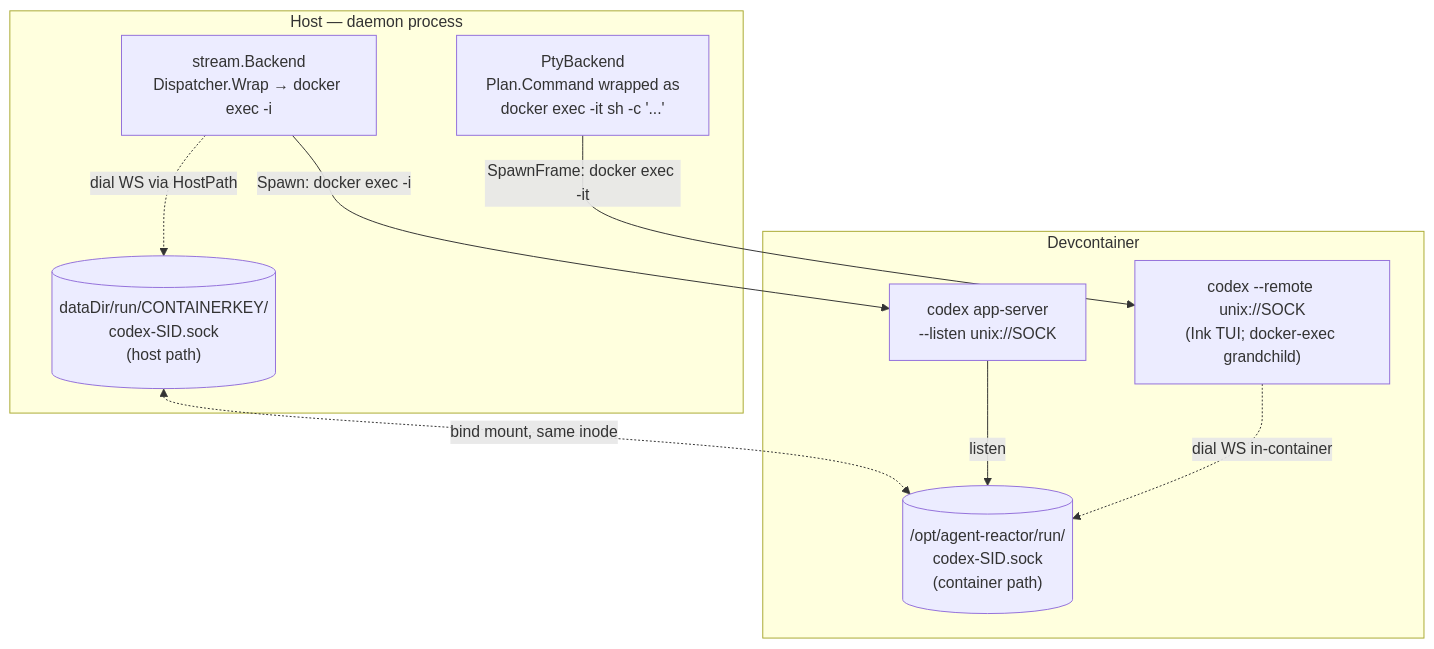
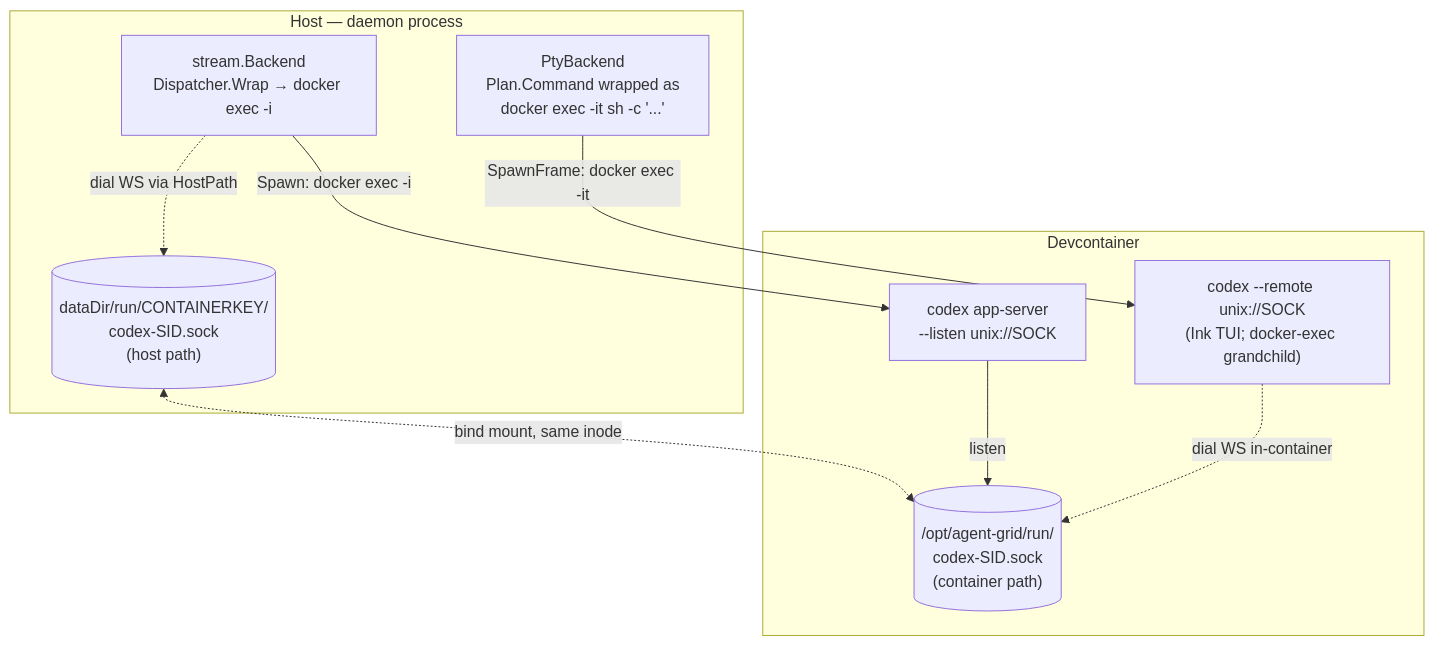
Before and after one commit to takezoh/agent-grid: the third of 3 diagrams in docs/component/component-20260624-client-process-model.md, drawn with Mermaid. The commit also changed other lines of this file and 427 other files, not shown here.

````diff
--- a/docs/component/component-20260624-client-process-model.md
+++ b/docs/component/component-20260624-client-process-model.md
@@ -212,20 +212,20 @@
 ```mermaid
 flowchart TB
     subgraph host["Host — daemon process"]
         SB["stream.Backend<br/>Dispatcher.Wrap → docker exec -i"]
         PB["PtyBackend<br/>Plan.Command wrapped as<br/>docker exec -it sh -c '...'"]
         HUDS[("dataDir/run/CONTAINERKEY/<br/>codex-SID.sock<br/>(host path)")]
     end
     subgraph container["Devcontainer"]
-        CUDS[("/opt/agent-reactor/run/<br/>codex-SID.sock<br/>(container path)")]
+        CUDS[("/opt/agent-grid/run/<br/>codex-SID.sock<br/>(container path)")]
         APP["codex app-server<br/>--listen unix://SOCK"]
         TUI["codex --remote unix://SOCK<br/>(Ink TUI; docker-exec grandchild)"]
     end
 
     HUDS <-. bind mount, same inode .-> CUDS
     SB -->|Spawn: docker exec -i| APP
     APP -->|listen| CUDS
     SB -.->|dial WS via HostPath| HUDS
     PB -->|SpawnFrame: docker exec -it| TUI
     TUI -.->|dial WS in-container| CUDS
 ```
````
